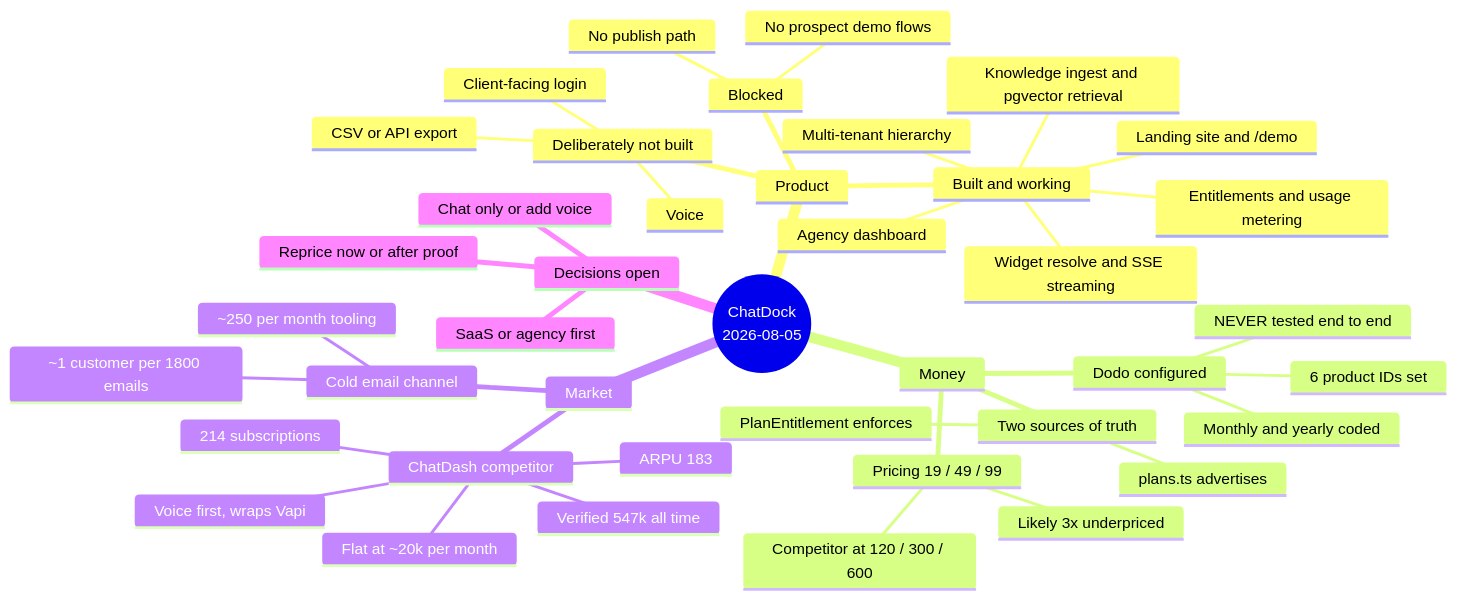
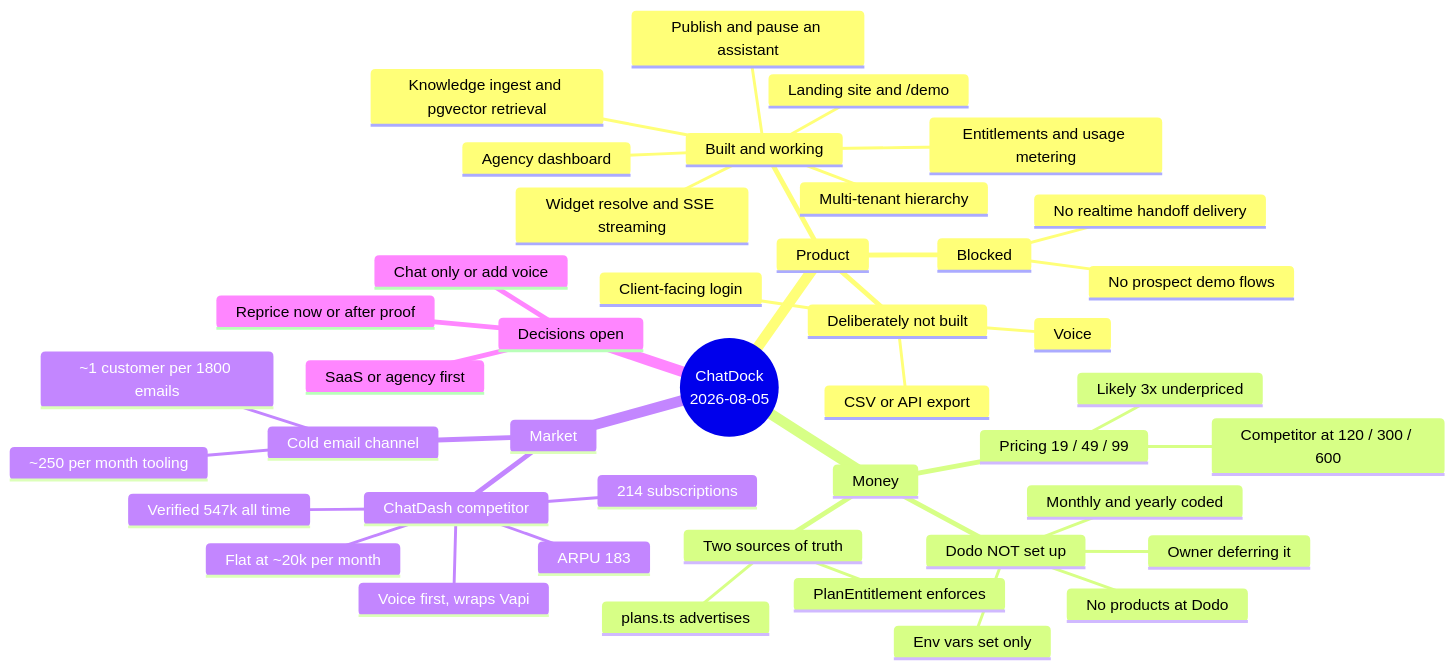
Before and after one commit to pratie/jimmy-ai: the diagram in docs/START-HERE.md, drawn with Mermaid. The commit also changed other lines of this file and 3 other files, not shown here.

````diff
--- a/docs/START-HERE.md
+++ b/docs/START-HERE.md
@@ -28,45 +31,47 @@
 ```mermaid
 mindmap
   root((ChatDock<br/>2026-08-05))
     Product
       Built and working
         Multi-tenant hierarchy
         Knowledge ingest and pgvector retrieval
         Widget resolve and SSE streaming
+        Publish and pause an assistant
         Entitlements and usage metering
         Agency dashboard
         Landing site and /demo
       Blocked
         ::icon(fa fa-ban)
-        No publish path
         No prospect demo flows
+        No realtime handoff delivery
       Deliberately not built
         Voice
         Client-facing login
         CSV or API export
     Money
-      Dodo configured
-        6 product IDs set
+      Dodo NOT set up
+        Env vars set only
+        No products at Dodo
+        Owner deferring it
         Monthly and yearly coded
-        NEVER tested end to end
       Pricing 19 / 49 / 99
         Competitor at 120 / 300 / 600
         Likely 3x underpriced
       Two sources of truth
         plans.ts advertises
         PlanEntitlement enforces
     Market
       ChatDash competitor
         Verified 547k all time
         214 subscriptions
         ARPU 183
         Flat at ~20k per month
         Voice first, wraps Vapi
       Cold email channel
         ~1 customer per 1800 emails
         ~250 per month tooling
     Decisions open
       SaaS or agency first
       Chat only or add voice
       Reprice now or after proof
 ```
````
